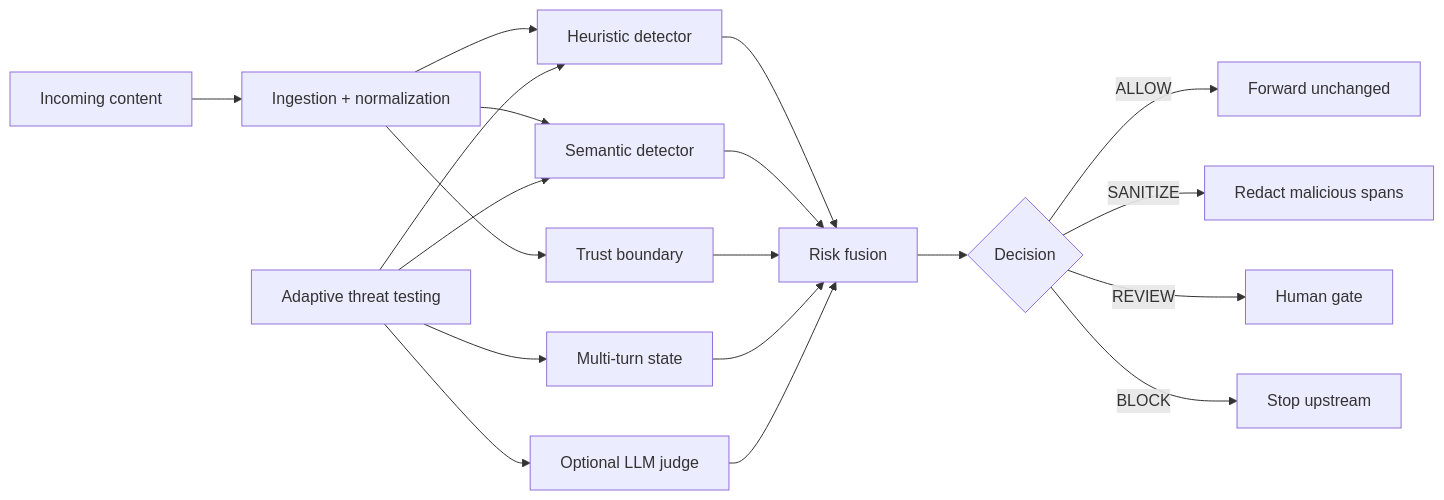
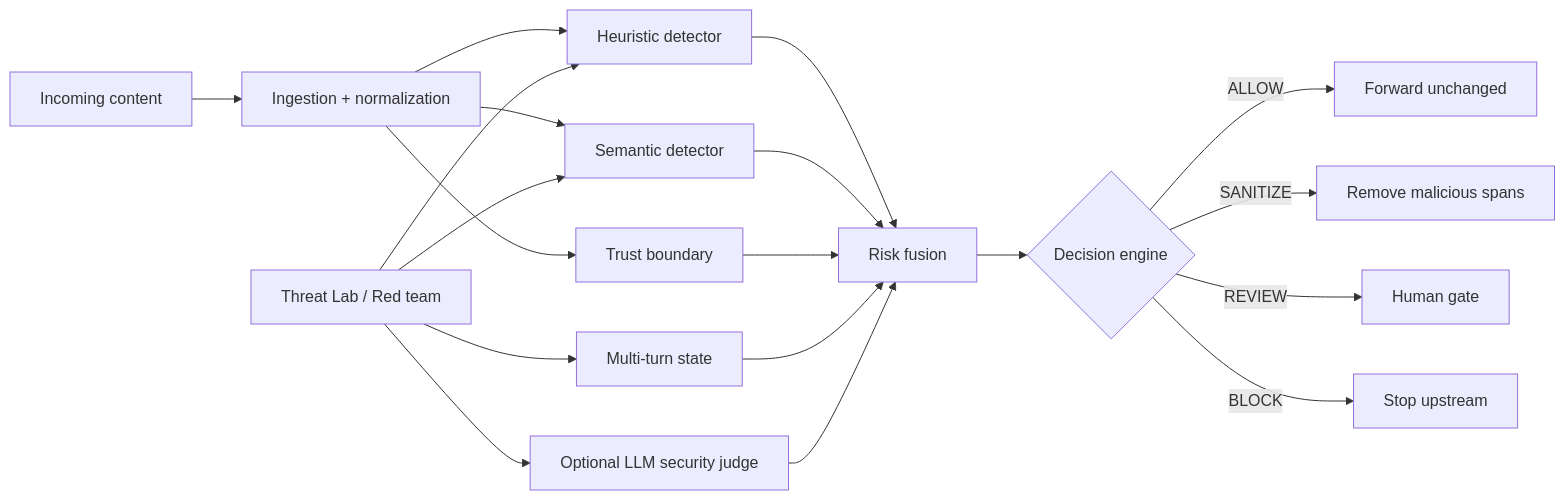
One commit to viiabhav/aegis-agent-firewall changed the diagram in README.md. Above: the diagram before and after it, drawn with Mermaid. The commit also changed other lines of this file and 2 other files, not shown here.

````diff
--- a/README.md
+++ b/README.md
@@ -20,21 +110,26 @@
 ```mermaid
 flowchart LR
     A[Incoming content] --> B[Ingestion + normalization]
+
     B --> C[Heuristic detector]
     B --> D[Semantic detector]
     B --> E[Trust boundary]
+
     C --> F[Risk fusion]
     D --> F
     E --> F
     G[Multi-turn state] --> F
-    H[Optional LLM judge] --> F
-    F --> I{Decision}
+    H[Optional LLM security judge] --> F
+
+    F --> I{Decision engine}
+
     I -->|ALLOW| J[Forward unchanged]
-    I -->|SANITIZE| K[Redact malicious spans]
+    I -->|SANITIZE| K[Remove malicious spans]
     I -->|REVIEW| L[Human gate]
     I -->|BLOCK| M[Stop upstream]
-    N[Adaptive threat testing] --> C
+
+    N[Threat Lab / Red team] --> C
     N --> D
     N --> G
     N --> H
 ```
````
